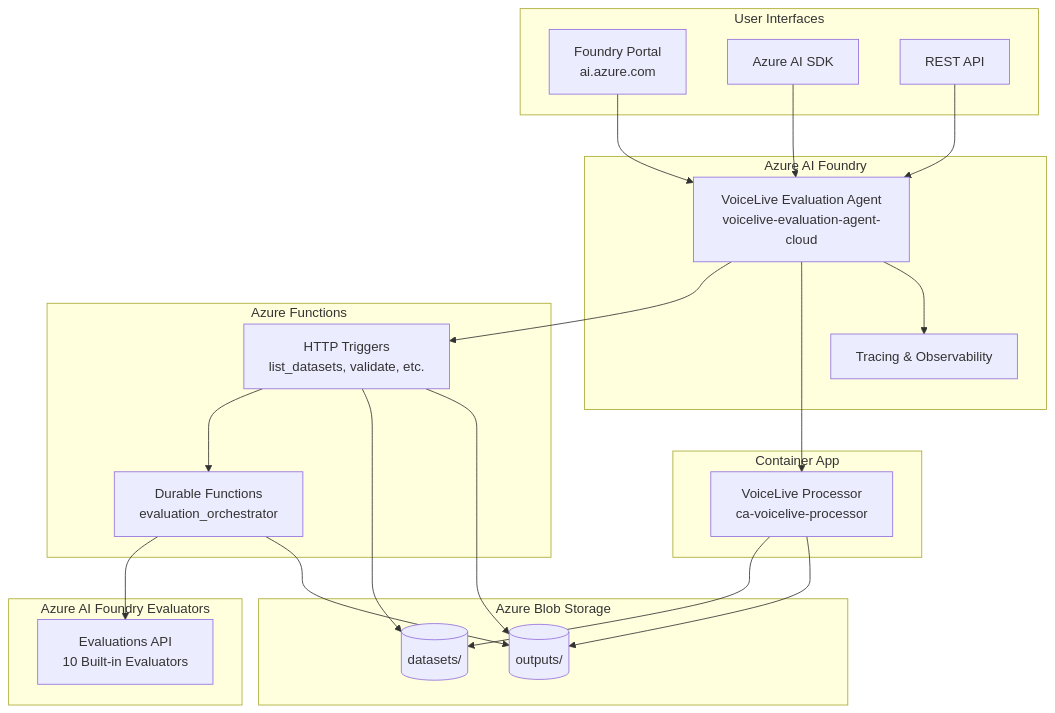
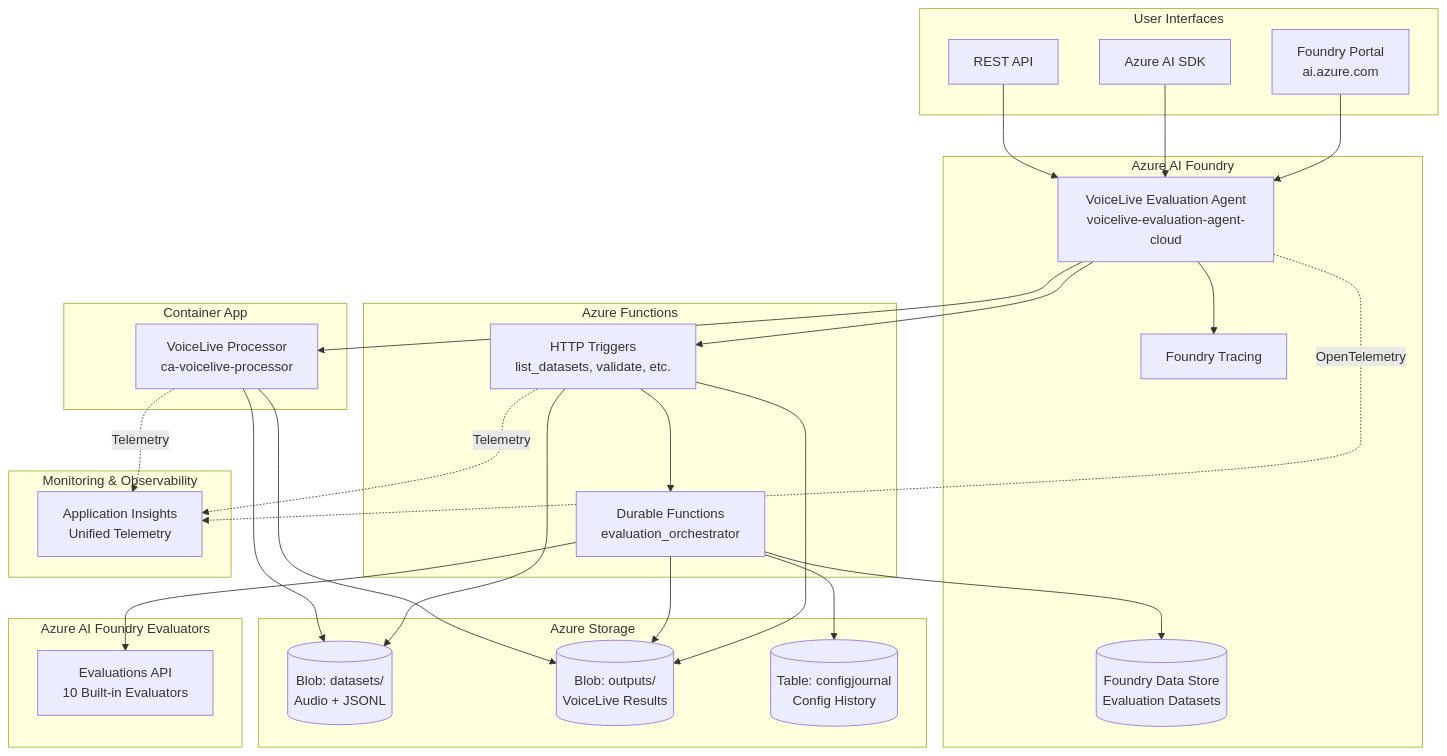
One commit to microsoft-foundry/voicelive-evaluation changed the first of 11 diagrams in evaluation_agent_v3/ARCHITECTURE.md. Above: the diagram before and after it, drawn with Mermaid. The commit also changed other lines of this file, not shown here.

Commit message:
Updated ARCHITECTURE for Agent v3

````diff
--- a/evaluation_agent_v3/ARCHITECTURE.md
+++ b/evaluation_agent_v3/ARCHITECTURE.md
@@ -11,45 +11,56 @@
 ```mermaid
 graph TB
     subgraph "User Interfaces"
         FP[Foundry Portal<br/>ai.azure.com]
         SDK[Azure AI SDK]
         API[REST API]
     end
     
     subgraph "Azure AI Foundry"
         Agent[VoiceLive Evaluation Agent<br/>voicelive-evaluation-agent-cloud]
-        Trace[Tracing & Observability]
+        Trace[Foundry Tracing]
+        FDS[(Foundry Data Store<br/>Evaluation Datasets)]
     end
     
     subgraph "Azure Functions"
         HTTP[HTTP Triggers<br/>list_datasets, validate, etc.]
         Durable[Durable Functions<br/>evaluation_orchestrator]
     end
     
     subgraph "Container App"
         VL[VoiceLive Processor<br/>ca-voicelive-processor]
     end
     
-    subgraph "Azure Blob Storage"
-        DS[(datasets/)]
-        OUT[(outputs/)]
+    subgraph "Azure Storage"
+        DS[(Blob: datasets/<br/>Audio + JSONL)]
+        OUT[(Blob: outputs/<br/>VoiceLive Results)]
+        TBL[(Table: configjournal<br/>Config History)]
+    end
+    
+    subgraph "Monitoring & Observability"
+        AI[Application Insights<br/>Unified Telemetry]
     end
     
     subgraph "Azure AI Foundry Evaluators"
         EVAL[Evaluations API<br/>10 Built-in Evaluators]
     end
     
     FP --> Agent
     SDK --> Agent
     API --> Agent
     Agent --> HTTP
     Agent --> VL
     Agent --> Trace
+    Agent -.->|OpenTelemetry| AI
     HTTP --> Durable
     HTTP --> DS
     HTTP --> OUT
+    HTTP -.->|Telemetry| AI
+    Durable --> FDS
     Durable --> EVAL
     Durable --> OUT
+    Durable --> TBL
     VL --> DS
     VL --> OUT
+    VL -.->|Telemetry| AI
 ```
````
